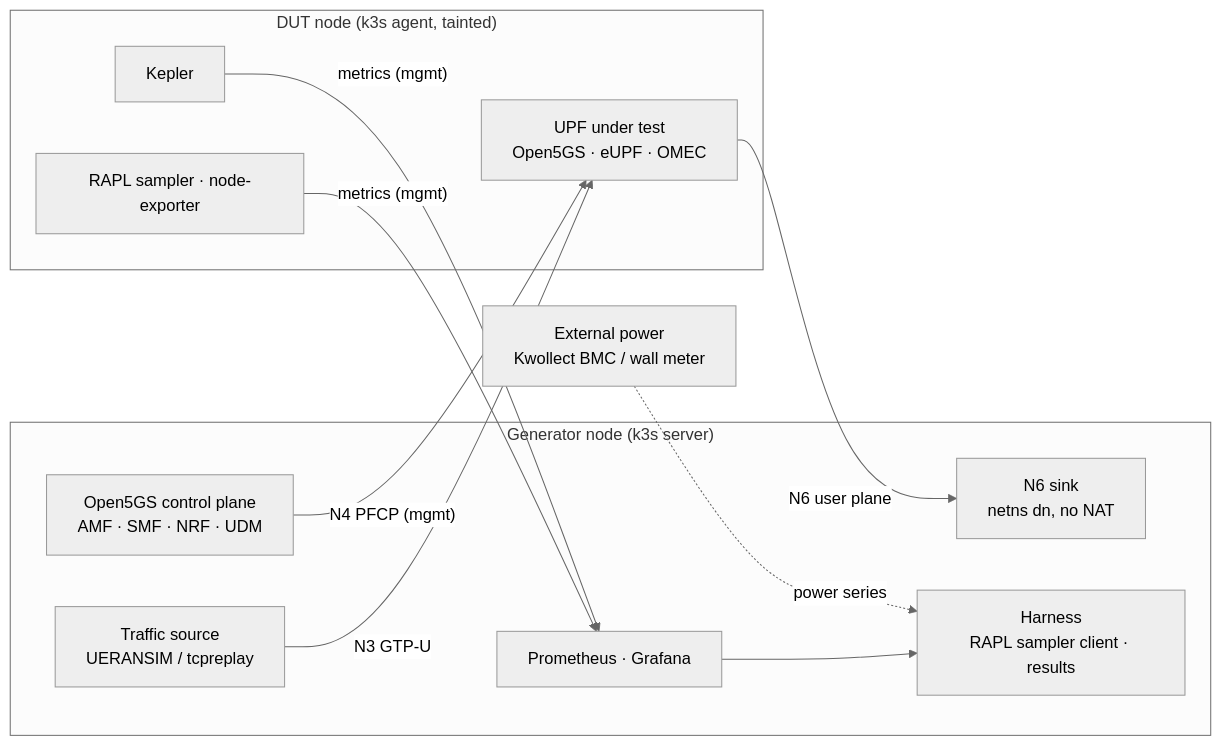
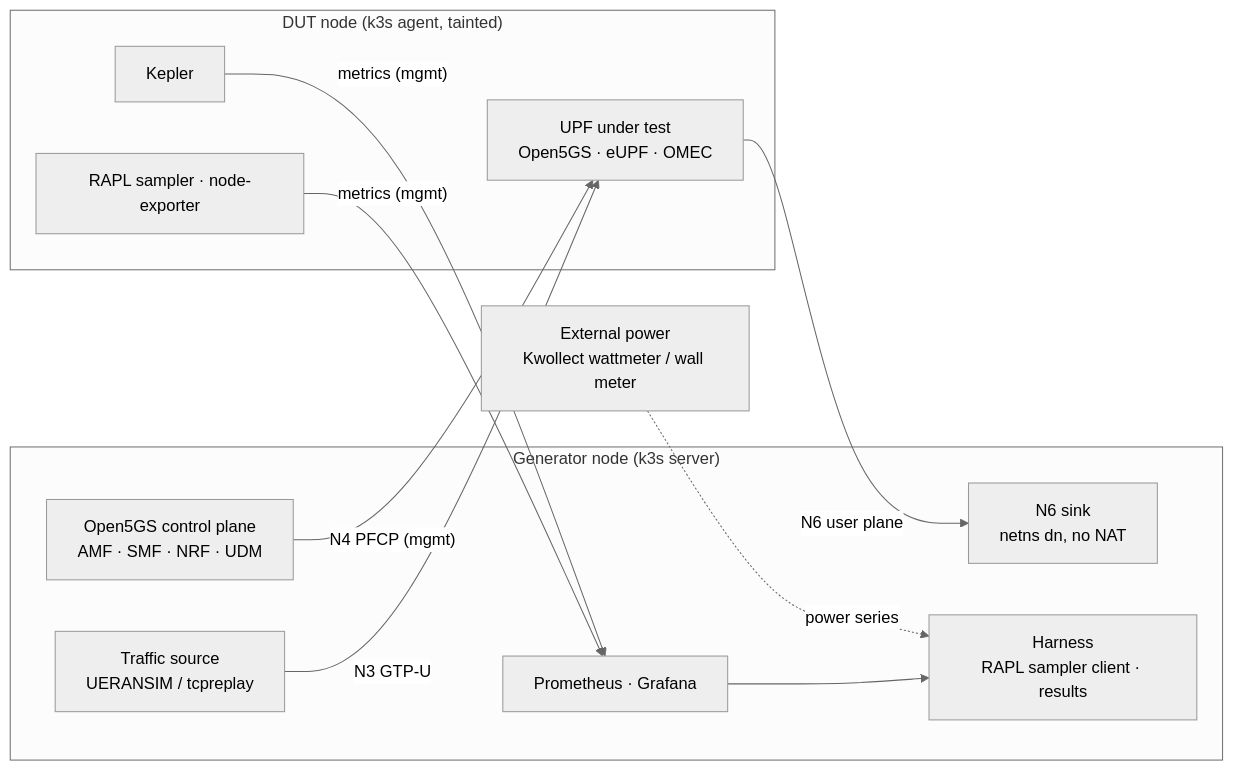
The diagram in README.md (BryanTxz10/watts-per-gigabit), drawn with Mermaid (neutral theme) before and after one commit. The commit also changed other lines of this file and 10 other files, not shown here.

````diff
--- a/README.md
+++ b/README.md
@@ -54,26 +54,26 @@
 ```mermaid
 flowchart LR
   subgraph GEN["Generator node (k3s server)"]
     CP["Open5GS control plane<br/>AMF · SMF · NRF · UDM"]
     TG["Traffic source<br/>UERANSIM / tcpreplay"]
     SINK["N6 sink<br/>netns dn, no NAT"]
     PROM["Prometheus · Grafana"]
     HARN["Harness<br/>RAPL sampler client · results"]
   end
 
   subgraph DUT["DUT node (k3s agent, tainted)"]
     UPF["UPF under test<br/>Open5GS · eUPF · OMEC"]
     KEP["Kepler"]
     RAPL["RAPL sampler · node-exporter"]
   end
 
-  PWR["External power<br/>Kwollect BMC / wall meter"]
+  PWR["External power<br/>Kwollect wattmeter / wall meter"]
 
   CP -- "N4 PFCP (mgmt)" --> UPF
   TG -- "N3 GTP-U" --> UPF
   UPF -- "N6 user plane" --> SINK
   KEP -- "metrics (mgmt)" --> PROM
   RAPL -- "metrics (mgmt)" --> PROM
   PWR -. "power series" .-> HARN
   PROM --> HARN
 ```
````
